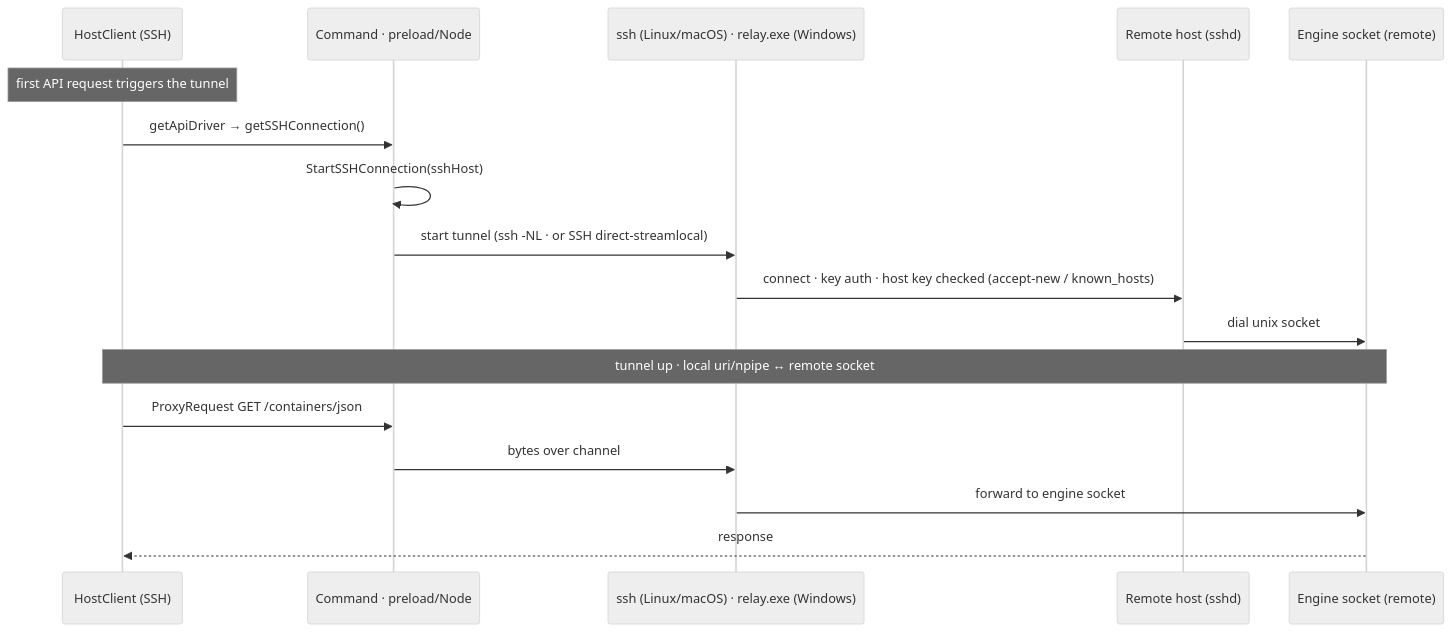
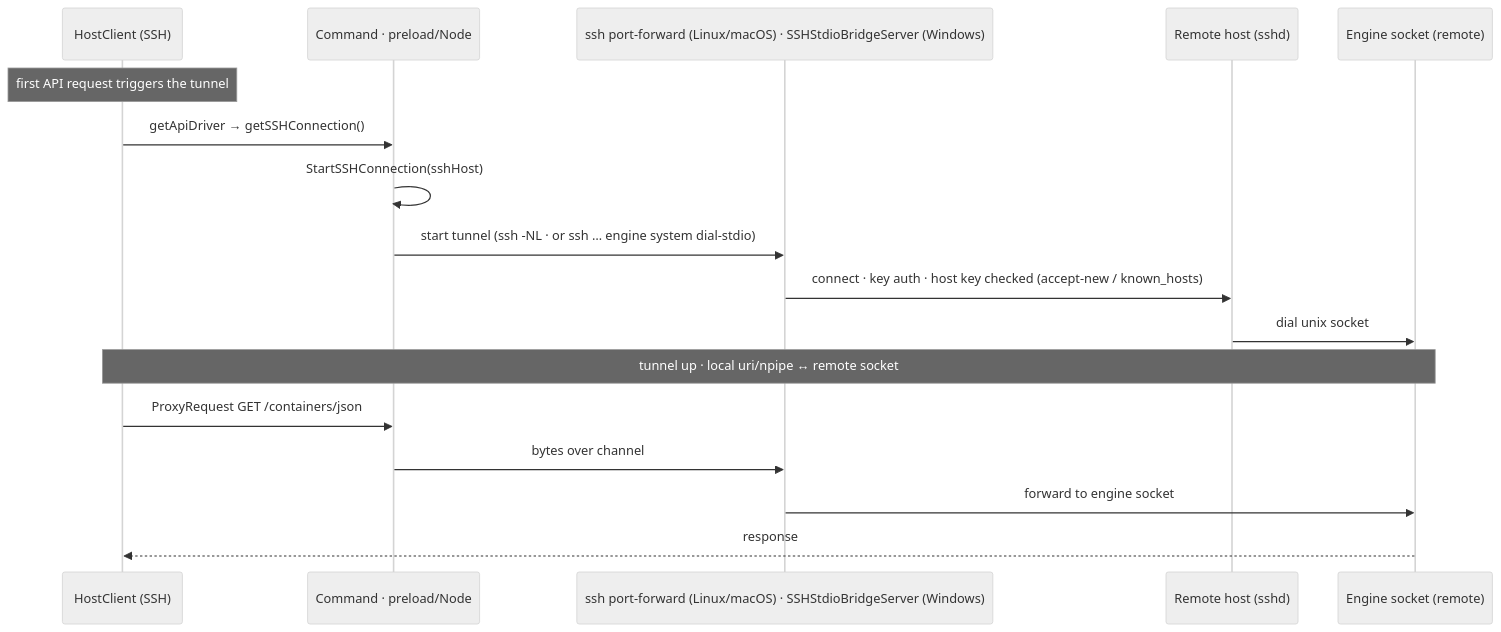
Before and after one commit to iongion/container-desktop: the fourth of 6 diagrams in docs/architecture/connection-startup.md, drawn with Mermaid (neutral theme). The commit also changed other lines of this file and 11 other files, not shown here.

````diff
--- a/docs/architecture/connection-startup.md
+++ b/docs/architecture/connection-startup.md
@@ -145,20 +145,20 @@
 ```mermaid
 sequenceDiagram
   participant Host as HostClient (SSH)
   participant Cmd as Command · preload/Node
-  participant Relay as ssh (Linux/macOS) · relay.exe (Windows)
+  participant Bridge as ssh port-forward (Linux/macOS) · SSHStdioBridgeServer (Windows)
   participant Remote as Remote host (sshd)
   participant Sock as Engine socket (remote)
 
   Note over Host: first API request triggers the tunnel
   Host->>Cmd: getApiDriver → getSSHConnection()
   Cmd->>Cmd: StartSSHConnection(sshHost)
-  Cmd->>Relay: start tunnel (ssh -NL · or SSH direct-streamlocal)
-  Relay->>Remote: connect · key auth · host key checked (accept-new / known_hosts)
+  Cmd->>Bridge: start tunnel (ssh -NL · or ssh … engine system dial-stdio)
+  Bridge->>Remote: connect · key auth · host key checked (accept-new / known_hosts)
   Remote->>Sock: dial unix socket
   Note over Host,Sock: tunnel up · local uri/npipe ↔ remote socket
   Host->>Cmd: ProxyRequest GET /containers/json
-  Cmd->>Relay: bytes over channel
-  Relay->>Sock: forward to engine socket
+  Cmd->>Bridge: bytes over channel
+  Bridge->>Sock: forward to engine socket
   Sock-->>Host: response
 ```
````
